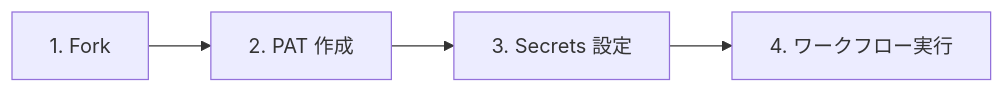
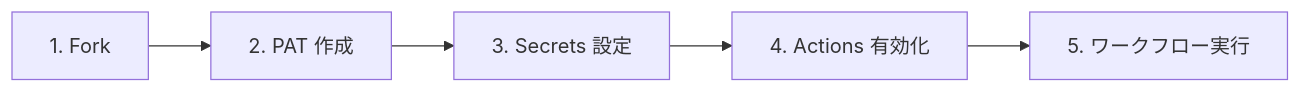
The diagram in docs/quickstart-cli.md (lurest-inc/github-starter-kit), drawn with Mermaid before and after one commit. The commit also changed other lines of this file and 1 other file, not shown here.

First line of the commit message:
docs: クイックスタートガイドに Actions 有効化ステップを追加する

````diff
--- a/docs/quickstart-cli.md
+++ b/docs/quickstart-cli.md
@@ -7,6 +7,7 @@
 ```mermaid
 flowchart LR
     A["1. Fork"] --> B["2. PAT 作成"]
     B --> C["3. Secrets 設定"]
-    C --> D["4. ワークフロー実行"]
+    C --> D["4. Actions 有効化"]
+    D --> E["5. ワークフロー実行"]
 ```
````
